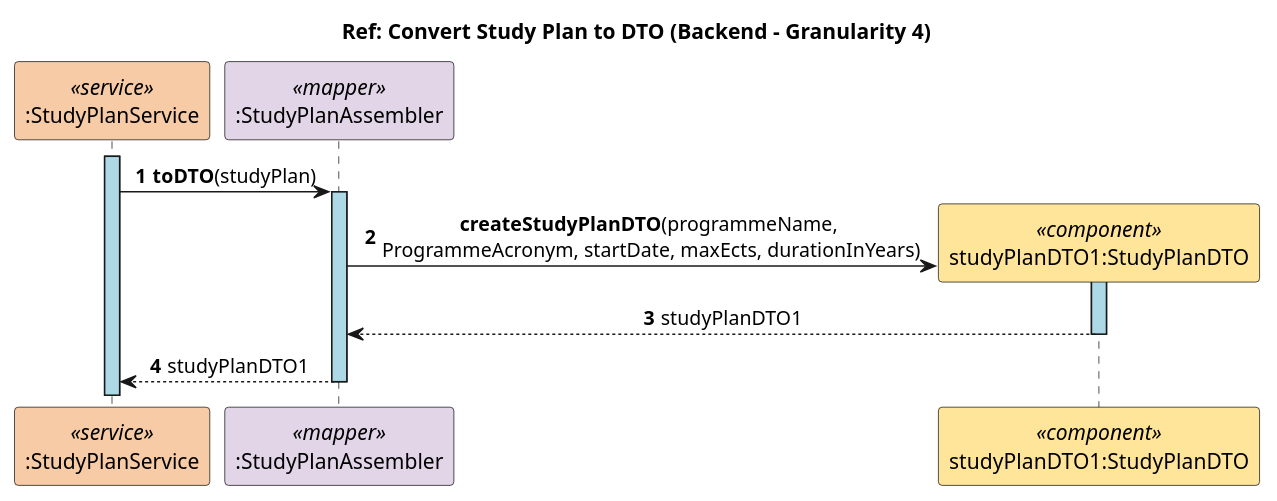
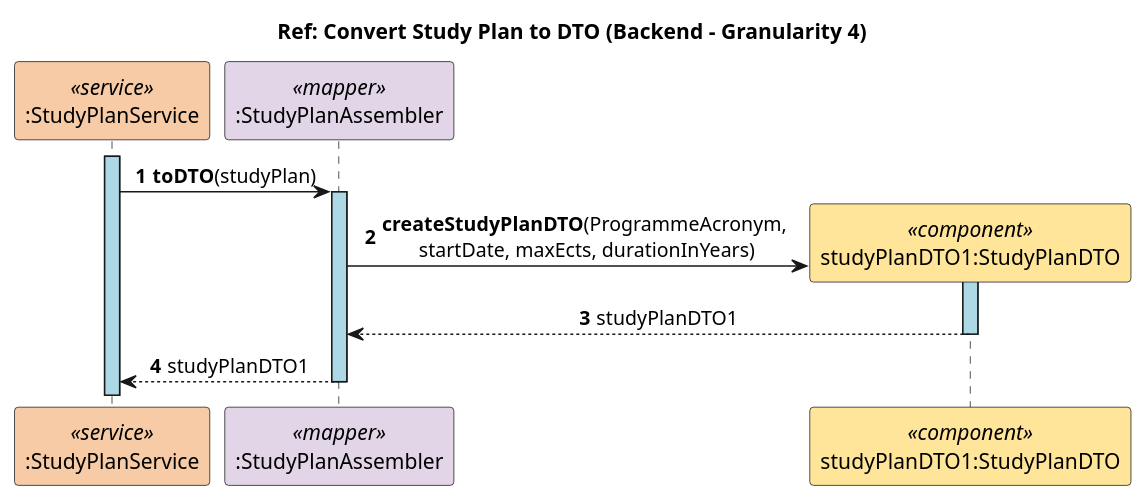
The diagram in docs/US27/Sprint6/SceneryView/Level4/Level4_Backend_Ref_ConvertStudyPlanToDTO.puml (GasparISEP/DevOps-PAI), drawn with PlantUML before and after one commit. The commit also changed 3 other files, not shown here.

Commit message:
Refactored US27 SceneryView diagrams to align with current codebase. (Closes #792)

```diff
--- a/docs/US27/Sprint6/SceneryView/Level4/Level4_Backend_Ref_ConvertStudyPlanToDTO.puml
+++ b/docs/US27/Sprint6/SceneryView/Level4/Level4_Backend_Ref_ConvertStudyPlanToDTO.puml
@@ -1,18 +1,18 @@
 @startuml
 title Ref: Convert Study Plan to DTO (Backend - Granularity 4)
 skinparam sequenceLifeLineBackgroundColor lightblue
 skinparam sequenceMessageAlign center
 autonumber
 
 participant ":StudyPlanService" as StudyPlanService <<service>> #F6CBA5
 participant ":StudyPlanAssembler" as StudyPlanAssembler <<mapper>> #E1D5E7
 participant "studyPlanDTO1:StudyPlanDTO" as StudyPlanDTO <<component>> #FFE599
 
 activate StudyPlanService
 StudyPlanService -> StudyPlanAssembler ++: **toDTO**(studyPlan)
-StudyPlanAssembler -> StudyPlanDTO **: **createStudyPlanDTO**(programmeName, \nProgrammeAcronym, startDate, maxEcts, durationInYears)
+StudyPlanAssembler -> StudyPlanDTO **: **createStudyPlanDTO**(ProgrammeAcronym, \nstartDate, maxEcts, durationInYears)
 activate StudyPlanDTO
 StudyPlanDTO --> StudyPlanAssembler: studyPlanDTO1
 deactivate StudyPlanDTO
 StudyPlanAssembler --> StudyPlanService --: studyPlanDTO1
 @enduml
```
